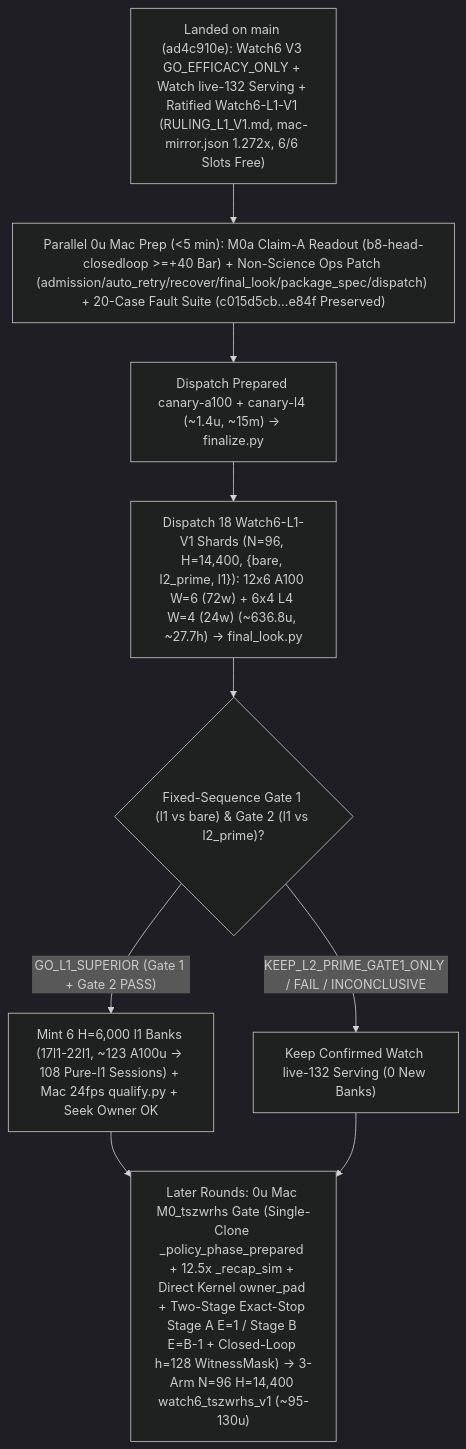
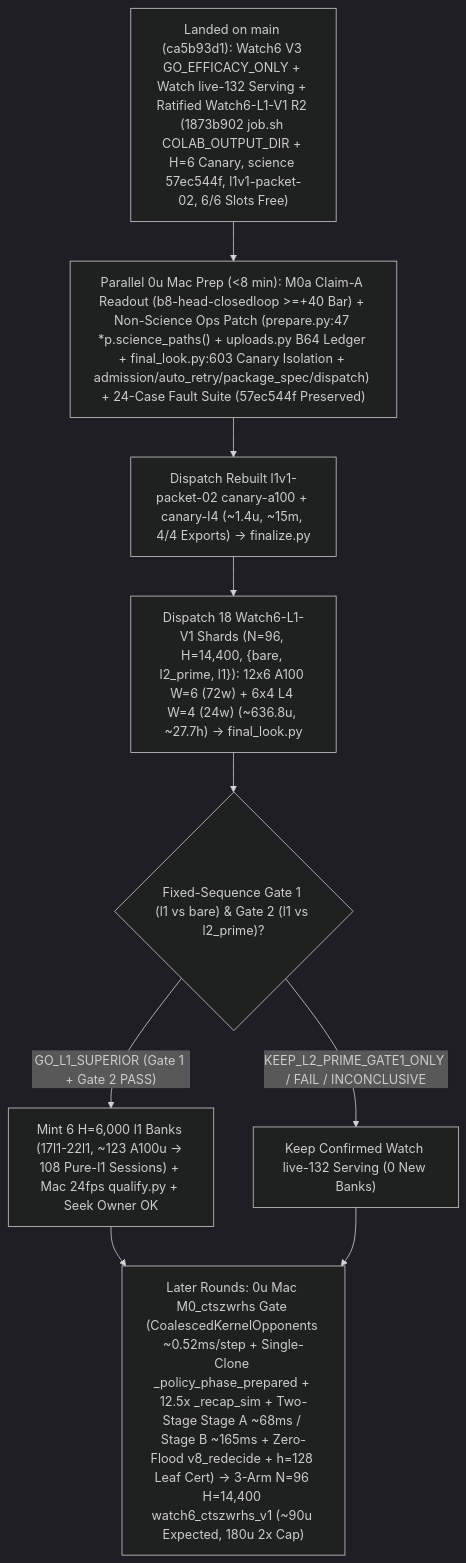
Before and after one commit to josenunezwork/snake-dqn: the diagram in docs/research/ROADMAP.md, drawn with Mermaid (dark theme). The commit also changed other lines of this file, not shown here.

Commit message:
docs(roadmap): fold in Round-22 synthesis (advice, not decisions)

````diff
--- a/docs/research/ROADMAP.md
+++ b/docs/research/ROADMAP.md
@@ -106,11 +114,11 @@
 ```mermaid
 flowchart TD
-    LIVE["Landed on main (ad4c910e): Watch6 V3 GO_EFFICACY_ONLY + Watch live-132 Serving + Ratified Watch6-L1-V1 (RULING_L1_V1.md, mac-mirror.json 1.272x, 6/6 Slots Free)"] --> PREP["Parallel 0u Mac Prep (<5 min): M0a Claim-A Readout (b8-head-closedloop >=+40 Bar) + Non-Science Ops Patch (admission/auto_retry/recover/final_look/package_spec/dispatch) + 20-Case Fault Suite (c015d5cb...e84f Preserved)"]
-    PREP --> CAN["Dispatch Prepared canary-a100 + canary-l4 (~1.4u, ~15m) -> finalize.py"]
+    LIVE["Landed on main (ca5b93d1): Watch6 V3 GO_EFFICACY_ONLY + Watch live-132 Serving + Ratified Watch6-L1-V1 R2 (1873b902 job.sh COLAB_OUTPUT_DIR + H=6 Canary, science 57ec544f, l1v1-packet-02, 6/6 Slots Free)"] --> PREP["Parallel 0u Mac Prep (<8 min): M0a Claim-A Readout (b8-head-closedloop >=+40 Bar) + Non-Science Ops Patch (prepare.py:47 *p.science_paths() + uploads.py B64 Ledger + final_look.py:603 Canary Isolation + admission/auto_retry/package_spec/dispatch) + 24-Case Fault Suite (57ec544f Preserved)"]
+    PREP --> CAN["Dispatch Rebuilt l1v1-packet-02 canary-a100 + canary-l4 (~1.4u, ~15m, 4/4 Exports) -> finalize.py"]
     CAN --> SHARDS["Dispatch 18 Watch6-L1-V1 Shards (N=96, H=14,400, {bare, l2_prime, l1}): 12x6 A100 W=6 (72w) + 6x4 L4 W=4 (24w) (~636.8u, ~27.7h) -> final_look.py"]
     SHARDS --> GATES{"Fixed-Sequence Gate 1 (l1 vs bare) & Gate 2 (l1 vs l2_prime)?"}
     GATES -- "GO_L1_SUPERIOR (Gate 1 + Gate 2 PASS)" --> SUP["Mint 6 H=6,000 l1 Banks (17l1-22l1, ~123 A100u -> 108 Pure-l1 Sessions) + Mac 24fps qualify.py + Seek Owner OK"]
     GATES -- "KEEP_L2_PRIME_GATE1_ONLY / FAIL / INCONCLUSIVE" --> KEEP["Keep Confirmed Watch live-132 Serving (0 New Banks)"]
-    SUP --> LATER["Later Rounds: 0u Mac M0_tszwrhs Gate (Single-Clone _policy_phase_prepared + 12.5x _recap_sim + Direct Kernel owner_pad + Two-Stage Exact-Stop Stage A E=1 / Stage B E=B-1 + Closed-Loop h=128 WitnessMask) -> 3-Arm N=96 H=14,400 watch6_tszwrhs_v1 (~95-130u)"]
+    SUP --> LATER["Later Rounds: 0u Mac M0_ctszwrhs Gate (CoalescedKernelOpponents ~0.52ms/step + Single-Clone _policy_phase_prepared + 12.5x _recap_sim + Two-Stage Stage A ~68ms / Stage B ~165ms + Zero-Flood v8_redecide + h=128 Leaf Cert) -> 3-Arm N=96 H=14,400 watch6_ctszwrhs_v1 (~90u Expected, 180u 2x Cap)"]
     KEEP --> LATER
 ```
````
